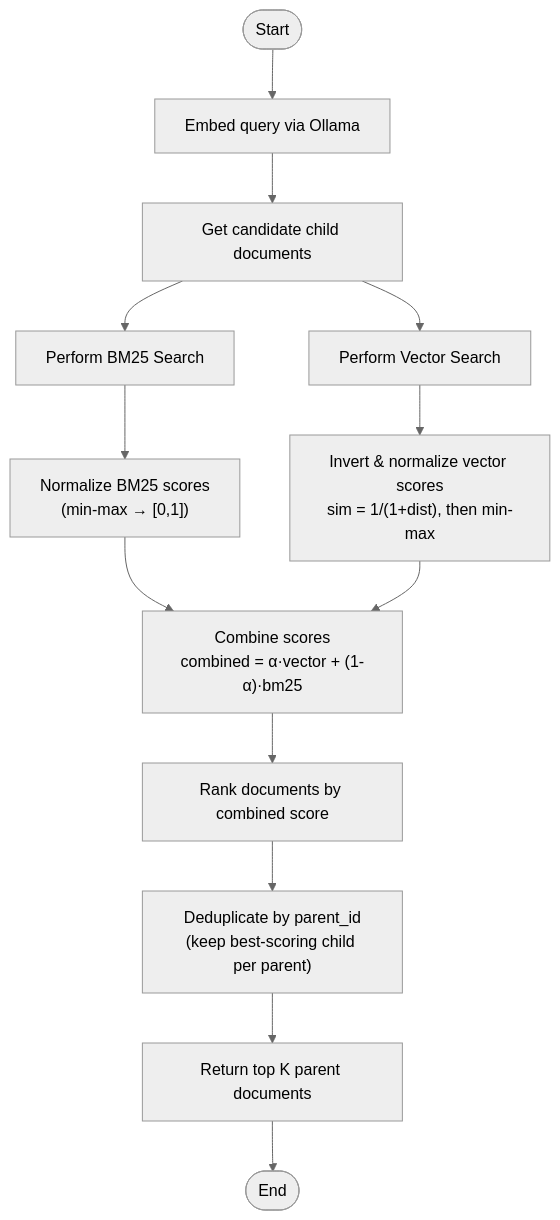
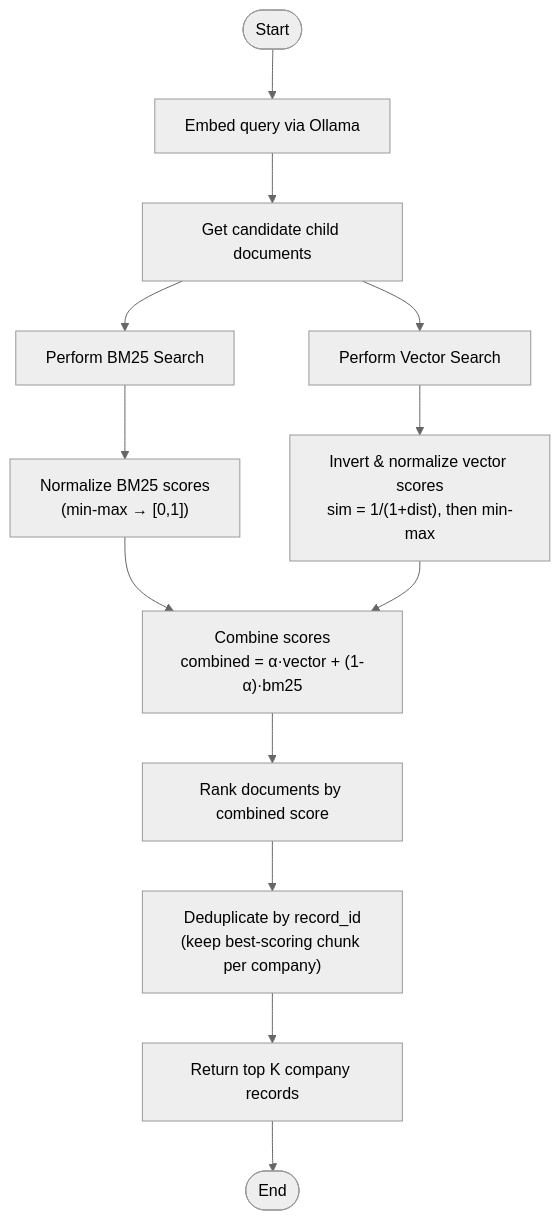
One commit to sreejamuvva2002/GNEM_RAG_Techniques changed the second of 2 diagrams in simple_rag/README.md. Above: the diagram before and after it, drawn with Mermaid (neutral theme). The commit also changed other lines of this file and 91 other files, not shown here.

Commit message:
refactor: restructure project architecture by replacing adapter/service layers with simplified core modules and updated configuration

````diff
--- a/simple_rag/README.md
+++ b/simple_rag/README.md
@@ -67,19 +67,19 @@
 ```mermaid
 flowchart TD
     START([Start]) --> QUERY[Embed query via Ollama]
     QUERY --> CHILDREN[Get candidate child documents]
 
     CHILDREN --> BM25_SEARCH[Perform BM25 Search]
     CHILDREN --> VEC_SEARCH[Perform Vector Search]
 
     BM25_SEARCH --> BM25_NORM["Normalize BM25 scores<br/>(min-max → [0,1])"]
     VEC_SEARCH --> VEC_NORM["Invert & normalize vector scores<br/>sim = 1/(1+dist), then min-max"]
 
     BM25_NORM --> COMBINE["Combine scores<br/>combined = α·vector + (1-α)·bm25"]
     VEC_NORM --> COMBINE
 
     COMBINE --> RANK[Rank documents by combined score]
-    RANK --> DEDUP["Deduplicate by parent_id<br/>(keep best-scoring child per parent)"]
-    DEDUP --> TOPK["Return top K parent documents"]
+    RANK --> DEDUP["Deduplicate by record_id<br/>(keep best-scoring chunk per company)"]
+    DEDUP --> TOPK["Return top K company records"]
     TOPK --> END_NODE([End])
 ```
````
